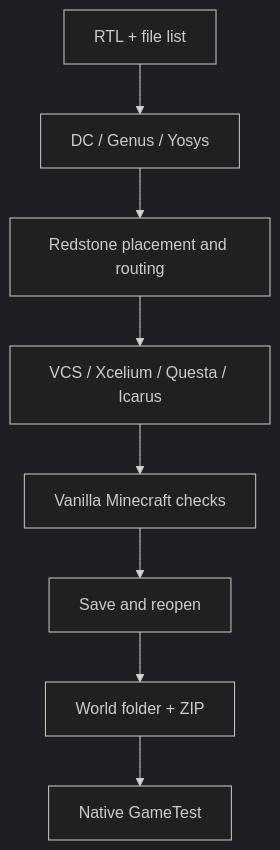
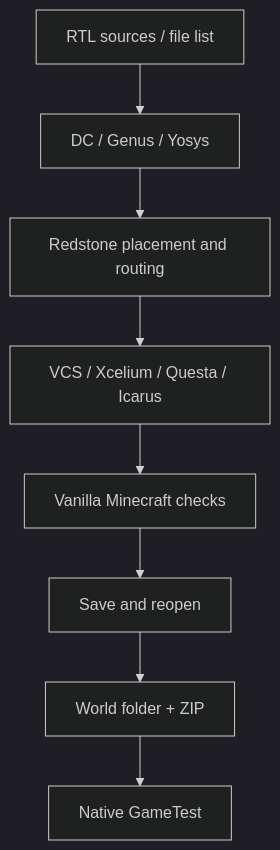
Before and after one commit to NTP17/rtl2mc: the diagram in README.md, drawn with Mermaid (dark theme). The commit also changed other lines of this file and 8 other files, not shown here.

````diff
--- a/README.md
+++ b/README.md
@@ -12,10 +12,10 @@
 ```mermaid
 flowchart TD
-    RTL[RTL + file list] --> SYN[DC / Genus / Yosys]
+    RTL[RTL sources / file list] --> SYN[DC / Genus / Yosys]
     SYN --> MAP[Redstone placement and routing]
     MAP --> SIM[VCS / Xcelium / Questa / Icarus]
     SIM --> MC[Vanilla Minecraft checks]
     MC --> SAVE[Save and reopen]
     SAVE --> WORLD[World folder + ZIP]
     WORLD --> GT[Native GameTest]
 ```
````
